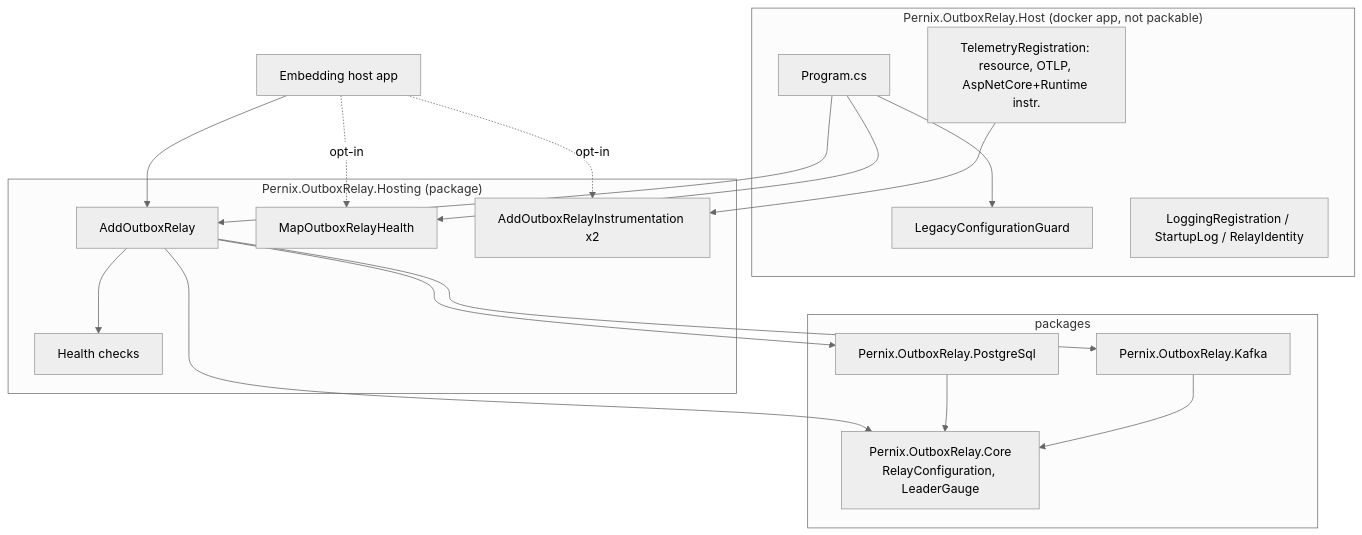
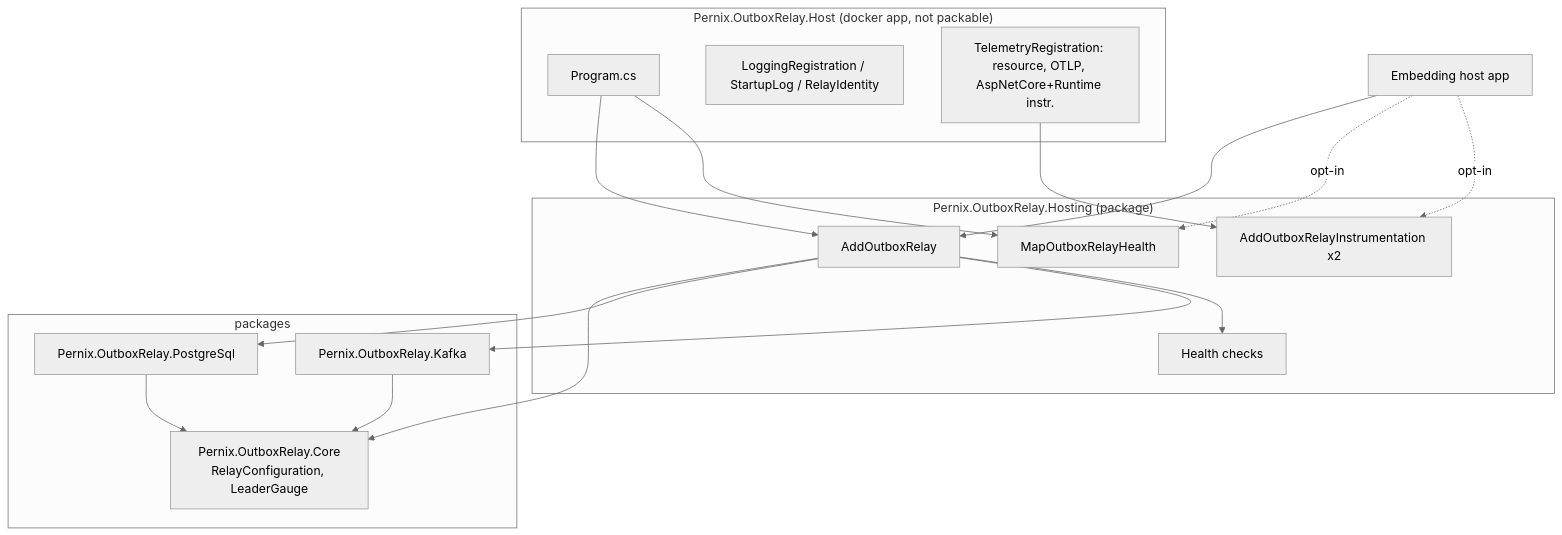
The first of 2 diagrams in docs/specs/2026-11-21-embeddable-relay/design.md (Pernix-Labs/pernix-outbox-relay), drawn with Mermaid (neutral theme) before and after one commit. The commit also changed other lines of this file and 5 other files, not shown here.

````diff
--- a/docs/specs/2026-11-21-embeddable-relay/design.md
+++ b/docs/specs/2026-11-21-embeddable-relay/design.md
@@ -38,33 +38,31 @@
 ```mermaid
 graph TD
     subgraph Image["Pernix.OutboxRelay.Host (docker app, not packable)"]
         P[Program.cs]
-        G[LegacyConfigurationGuard]
         L[LoggingRegistration / StartupLog / RelayIdentity]
         T[TelemetryRegistration: resource, OTLP, AspNetCore+Runtime instr.]
     end
     subgraph Hosting["Pernix.OutboxRelay.Hosting (package)"]
         A[AddOutboxRelay]
         M[MapOutboxRelayHealth]
         O[AddOutboxRelayInstrumentation x2]
         H[Health checks]
     end
     subgraph Libs["packages"]
         C[Pernix.OutboxRelay.Core<br/>RelayConfiguration, LeaderGauge]
         PG[Pernix.OutboxRelay.PostgreSql]
         K[Pernix.OutboxRelay.Kafka]
     end
     E[Embedding host app] --> A
     E -. opt-in .-> M
     E -. opt-in .-> O
-    P --> G
     P --> A
     P --> M
     T --> O
     A --> C
     A --> PG
     A --> K
     A --> H
     PG --> C
     K --> C
 ```
````
